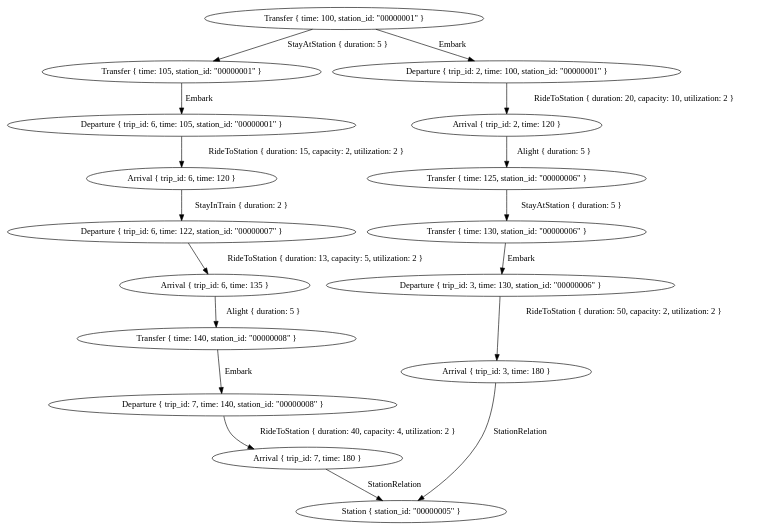
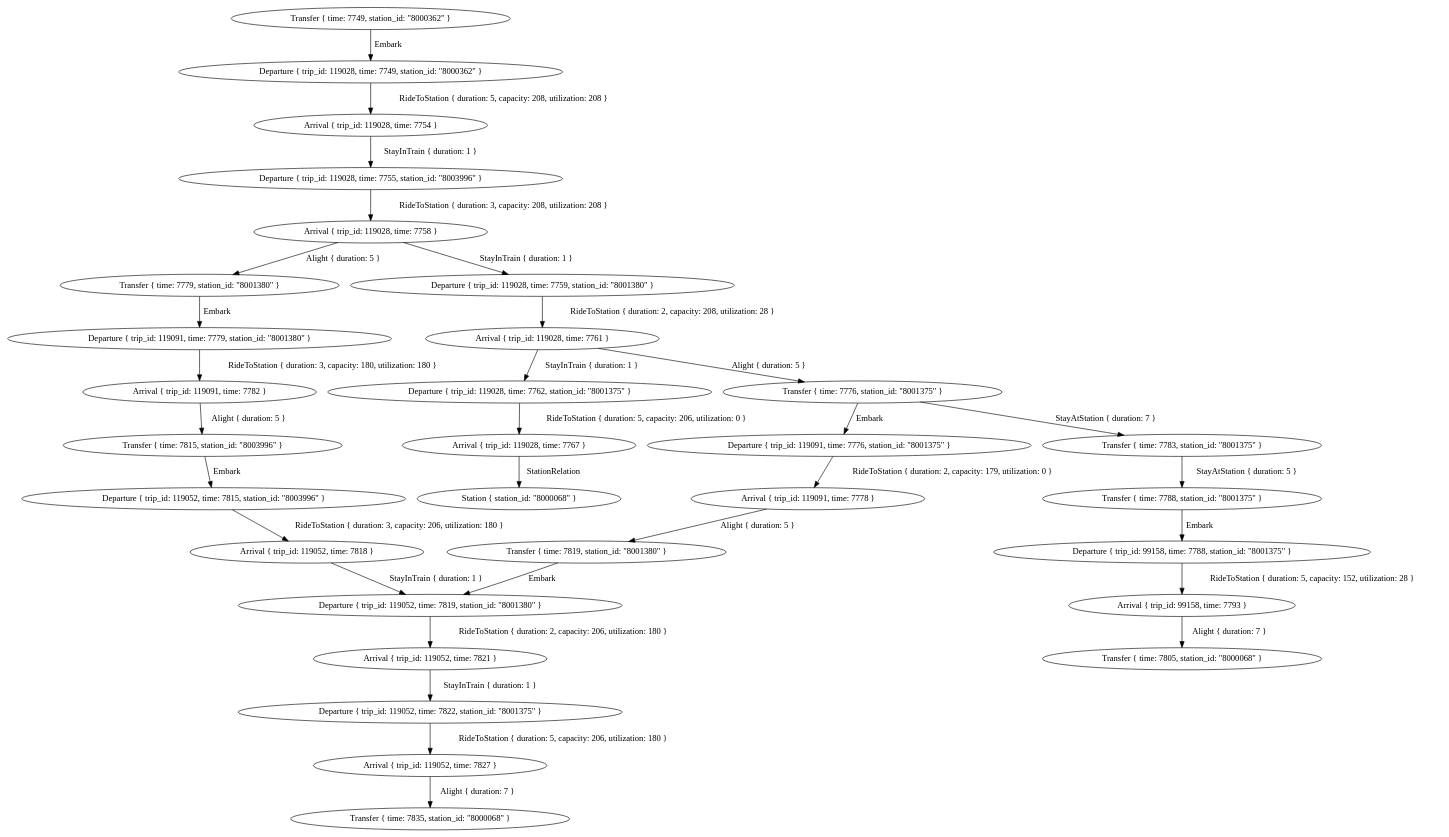
Before and after one commit to eliaswendt/mcfp-optimizer: the diagram in graphs/subgraph_group_1.dot, drawn with Graphviz. The commit also changed 5 other files, not shown here.

```diff
--- a/graphs/subgraph_group_1.dot
+++ b/graphs/subgraph_group_1.dot
@@ -1,34 +1,62 @@
 digraph {
-    0 [ label = "Transfer { time: 100, station_id: \"00000001\" }" ]
-    1 [ label = "Transfer { time: 105, station_id: \"00000001\" }" ]
-    2 [ label = "Departure { trip_id: 6, time: 105, station_id: \"00000001\" }" ]
-    3 [ label = "Arrival { trip_id: 6, time: 120 }" ]
-    4 [ label = "Departure { trip_id: 6, time: 122, station_id: \"00000007\" }" ]
-    5 [ label = "Arrival { trip_id: 6, time: 135 }" ]
-    6 [ label = "Transfer { time: 140, station_id: \"00000008\" }" ]
-    7 [ label = "Departure { trip_id: 7, time: 140, station_id: \"00000008\" }" ]
-    8 [ label = "Arrival { trip_id: 7, time: 180 }" ]
-    9 [ label = "Station { station_id: \"00000005\" }" ]
-    10 [ label = "Departure { trip_id: 2, time: 100, station_id: \"00000001\" }" ]
-    11 [ label = "Arrival { trip_id: 2, time: 120 }" ]
-    12 [ label = "Transfer { time: 125, station_id: \"00000006\" }" ]
-    13 [ label = "Transfer { time: 130, station_id: \"00000006\" }" ]
-    14 [ label = "Departure { trip_id: 3, time: 130, station_id: \"00000006\" }" ]
-    15 [ label = "Arrival { trip_id: 3, time: 180 }" ]
-    0 -> 1 [ label = "StayAtStation { duration: 5 }" ]
-    1 -> 2 [ label = "Embark" ]
-    2 -> 3 [ label = "RideToStation { duration: 15, capacity: 2, utilization: 2 }" ]
-    3 -> 4 [ label = "StayInTrain { duration: 2 }" ]
-    4 -> 5 [ label = "RideToStation { duration: 13, capacity: 5, utilization: 2 }" ]
-    5 -> 6 [ label = "Alight { duration: 5 }" ]
-    6 -> 7 [ label = "Embark" ]
-    7 -> 8 [ label = "RideToStation { duration: 40, capacity: 4, utilization: 2 }" ]
-    8 -> 9 [ label = "StationRelation" ]
-    0 -> 10 [ label = "Embark" ]
-    10 -> 11 [ label = "RideToStation { duration: 20, capacity: 10, utilization: 2 }" ]
-    11 -> 12 [ label = "Alight { duration: 5 }" ]
-    12 -> 13 [ label = "StayAtStation { duration: 5 }" ]
-    13 -> 14 [ label = "Embark" ]
-    14 -> 15 [ label = "RideToStation { duration: 50, capacity: 2, utilization: 2 }" ]
-    15 -> 9 [ label = "StationRelation" ]
+    0 [ label = "Transfer { time: 7749, station_id: \"8000362\" }" ]
+    1 [ label = "Departure { trip_id: 119028, time: 7749, station_id: \"8000362\" }" ]
+    2 [ label = "Arrival { trip_id: 119028, time: 7754 }" ]
+    3 [ label = "Departure { trip_id: 119028, time: 7755, station_id: \"8003996\" }" ]
+    4 [ label = "Arrival { trip_id: 119028, time: 7758 }" ]
+    5 [ label = "Transfer { time: 7779, station_id: \"8001380\" }" ]
+    6 [ label = "Departure { trip_id: 119091, time: 7779, station_id: \"8001380\" }" ]
+    7 [ label = "Arrival { trip_id: 119091, time: 7782 }" ]
+    8 [ label = "Transfer { time: 7815, station_id: \"8003996\" }" ]
+    9 [ label = "Departure { trip_id: 119052, time: 7815, station_id: \"8003996\" }" ]
+    10 [ label = "Arrival { trip_id: 119052, time: 7818 }" ]
+    11 [ label = "Departure { trip_id: 119052, time: 7819, station_id: \"8001380\" }" ]
+    12 [ label = "Arrival { trip_id: 119052, time: 7821 }" ]
+    13 [ label = "Departure { trip_id: 119052, time: 7822, station_id: \"8001375\" }" ]
+    14 [ label = "Arrival { trip_id: 119052, time: 7827 }" ]
+    15 [ label = "Transfer { time: 7835, station_id: \"8000068\" }" ]
+    16 [ label = "Departure { trip_id: 119028, time: 7759, station_id: \"8001380\" }" ]
+    17 [ label = "Arrival { trip_id: 119028, time: 7761 }" ]
+    18 [ label = "Transfer { time: 7776, station_id: \"8001375\" }" ]
+    19 [ label = "Transfer { time: 7783, station_id: \"8001375\" }" ]
+    20 [ label = "Transfer { time: 7788, station_id: \"8001375\" }" ]
+    21 [ label = "Departure { trip_id: 99158, time: 7788, station_id: \"8001375\" }" ]
+    22 [ label = "Arrival { trip_id: 99158, time: 7793 }" ]
+    23 [ label = "Transfer { time: 7805, station_id: \"8000068\" }" ]
+    24 [ label = "Departure { trip_id: 119091, time: 7776, station_id: \"8001375\" }" ]
+    25 [ label = "Arrival { trip_id: 119091, time: 7778 }" ]
+    26 [ label = "Transfer { time: 7819, station_id: \"8001380\" }" ]
+    27 [ label = "Departure { trip_id: 119028, time: 7762, station_id: \"8001375\" }" ]
+    28 [ label = "Arrival { trip_id: 119028, time: 7767 }" ]
+    29 [ label = "Station { station_id: \"8000068\" }" ]
+    0 -> 1 [ label = "Embark" ]
+    1 -> 2 [ label = "RideToStation { duration: 5, capacity: 208, utilization: 208 }" ]
+    2 -> 3 [ label = "StayInTrain { duration: 1 }" ]
+    3 -> 4 [ label = "RideToStation { duration: 3, capacity: 208, utilization: 208 }" ]
+    4 -> 5 [ label = "Alight { duration: 5 }" ]
+    5 -> 6 [ label = "Embark" ]
+    6 -> 7 [ label = "RideToStation { duration: 3, capacity: 180, utilization: 180 }" ]
+    7 -> 8 [ label = "Alight { duration: 5 }" ]
+    8 -> 9 [ label = "Embark" ]
+    9 -> 10 [ label = "RideToStation { duration: 3, capacity: 206, utilization: 180 }" ]
+    10 -> 11 [ label = "StayInTrain { duration: 1 }" ]
+    11 -> 12 [ label = "RideToStation { duration: 2, capacity: 206, utilization: 180 }" ]
+    12 -> 13 [ label = "StayInTrain { duration: 1 }" ]
+    13 -> 14 [ label = "RideToStation { duration: 5, capacity: 206, utilization: 180 }" ]
+    14 -> 15 [ label = "Alight { duration: 7 }" ]
+    4 -> 16 [ label = "StayInTrain { duration: 1 }" ]
+    16 -> 17 [ label = "RideToStation { duration: 2, capacity: 208, utilization: 28 }" ]
+    17 -> 18 [ label = "Alight { duration: 5 }" ]
+    18 -> 19 [ label = "StayAtStation { duration: 7 }" ]
+    19 -> 20 [ label = "StayAtStation { duration: 5 }" ]
+    20 -> 21 [ label = "Embark" ]
+    21 -> 22 [ label = "RideToStation { duration: 5, capacity: 152, utilization: 28 }" ]
+    22 -> 23 [ label = "Alight { duration: 7 }" ]
+    18 -> 24 [ label = "Embark" ]
+    24 -> 25 [ label = "RideToStation { duration: 2, capacity: 179, utilization: 0 }" ]
+    25 -> 26 [ label = "Alight { duration: 5 }" ]
+    26 -> 11 [ label = "Embark" ]
+    17 -> 27 [ label = "StayInTrain { duration: 1 }" ]
+    27 -> 28 [ label = "RideToStation { duration: 5, capacity: 206, utilization: 0 }" ]
+    28 -> 29 [ label = "StationRelation" ]
 }
```
